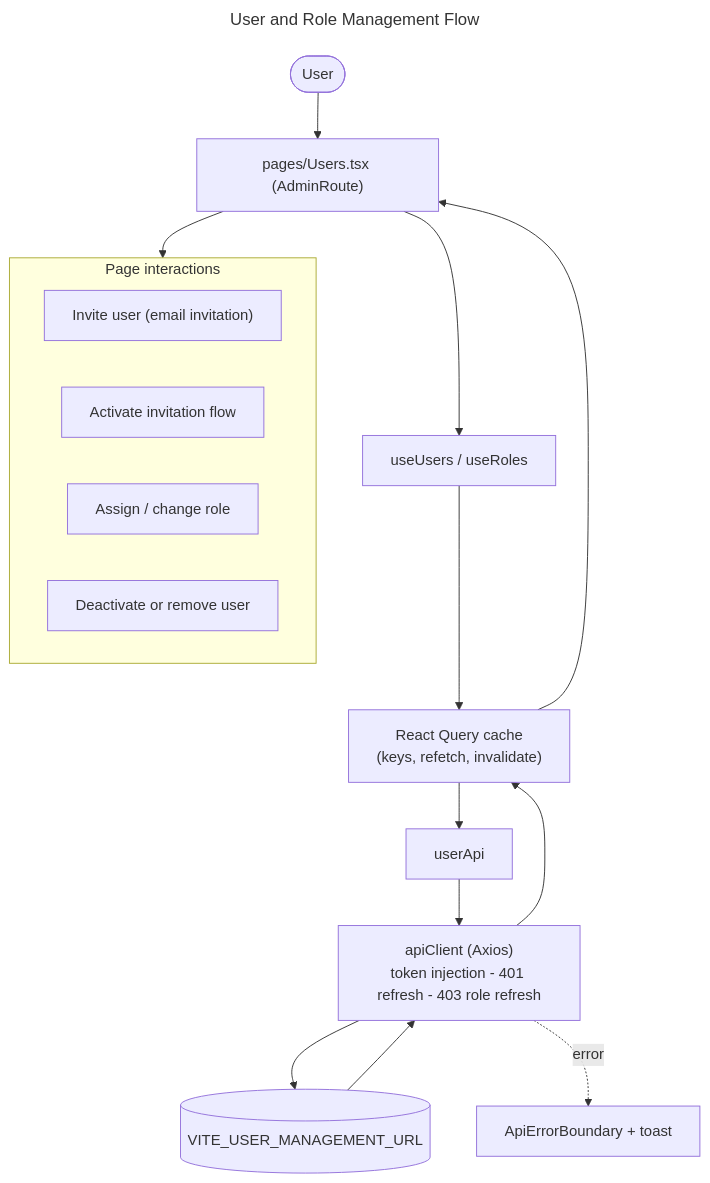
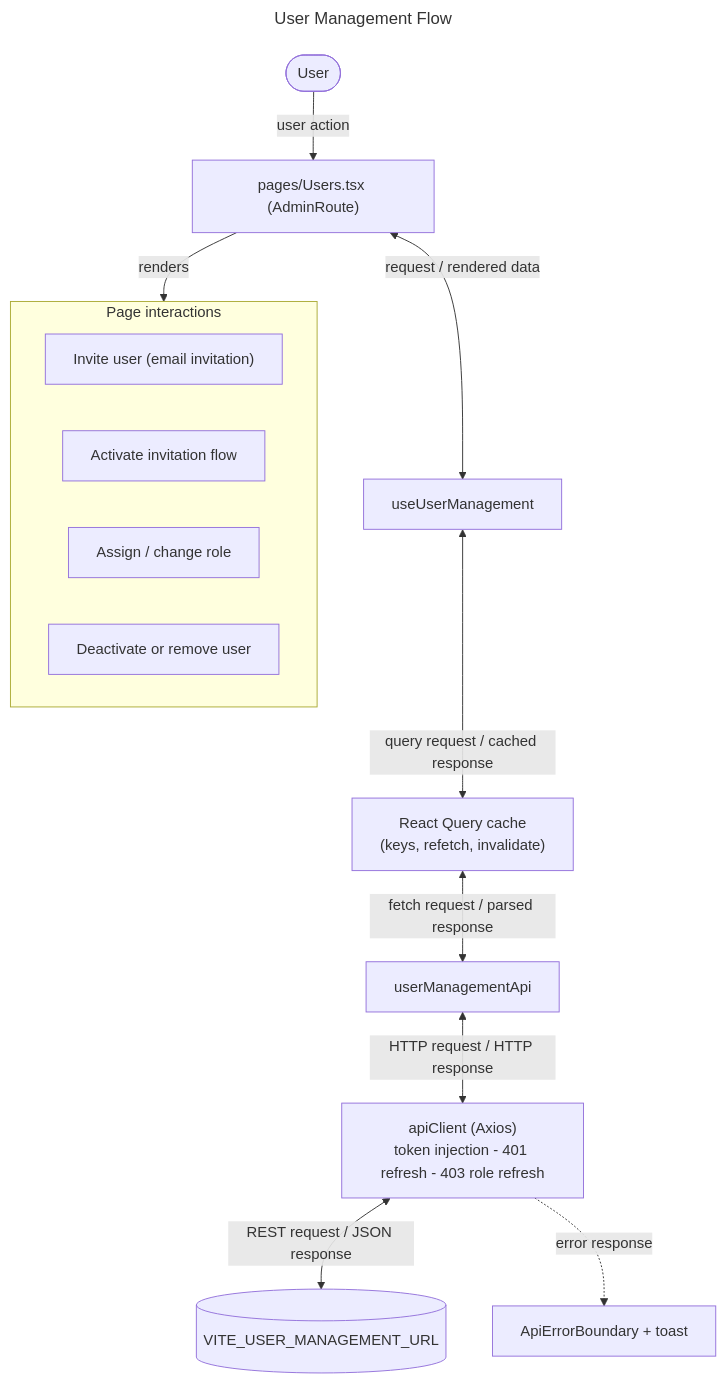
Before and after one commit to sayeeduddinofficial/user-table-view: the diagram in docs/flowcharts/users-roles.mmd, drawn with Mermaid. The commit also changed 18 other files, not shown here.

```diff
--- a/docs/flowcharts/users-roles.mmd
+++ b/docs/flowcharts/users-roles.mmd
@@ -1,19 +1,18 @@
 ---
-title: User and Role Management Flow
+title: User Management Flow
 ---
 flowchart TD
-  U([User]) --> P["pages/Users.tsx (AdminRoute)"]
-  P --> H["useUsers / useRoles"]
-  H --> Q["React Query cache<br/>(keys, refetch, invalidate)"]
-  Q --> A["userApi"]
-  A --> C["apiClient (Axios)<br/>token injection - 401 refresh - 403 role refresh"]
-  C --> S[("VITE_USER_MANAGEMENT_URL")]
-  S --> C --> Q --> P
+  U([User]) -->|"user action"| P["pages/Users.tsx (AdminRoute)"]
+  P <-->|"request / rendered data"| H["useUserManagement"]
+  H <-->|"query request / cached response"| Q["React Query cache<br/>(keys, refetch, invalidate)"]
+  Q <-->|"fetch request / parsed response"| A["userManagementApi"]
+  A <-->|"HTTP request / HTTP response"| C["apiClient (Axios)<br/>token injection - 401 refresh - 403 role refresh"]
+  C <-->|"REST request / JSON response"| S[("VITE_USER_MANAGEMENT_URL")]
+  P -->|"renders"| UI
   subgraph UI[Page interactions]
     S0["Invite user (email invitation)"]
     S1["Activate invitation flow"]
     S2["Assign / change role"]
     S3["Deactivate or remove user"]
   end
-  P --> UI
-  C -. error .-> E["ApiErrorBoundary + toast"]
+  C -. "error response" .-> E["ApiErrorBoundary + toast"]
```
